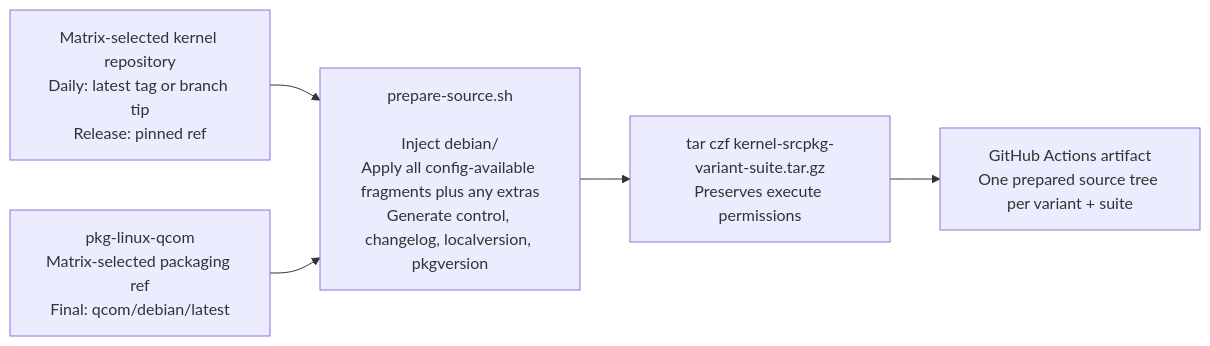
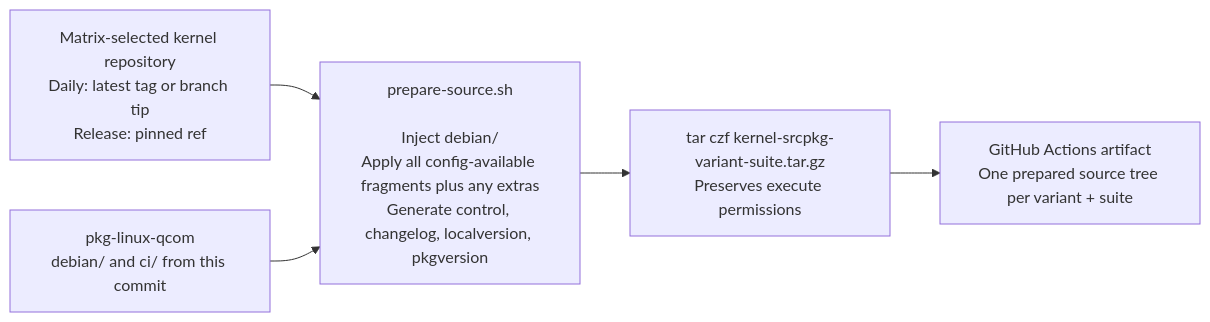
One commit to qualcomm-linux/pkg-linux-qcom changed the third of 6 diagrams in README.md. Above: the diagram before and after it, drawn with Mermaid. The commit also changed other lines of this file and 7 other files, not shown here.

````diff
--- a/README.md
+++ b/README.md
@@ -309,9 +306,9 @@
 ```mermaid
 flowchart LR
     K["Matrix-selected kernel repository\nDaily: latest tag or branch tip\nRelease: pinned ref"] --> PS
-    M["pkg-linux-qcom\nMatrix-selected packaging ref\nFinal: qcom/debian/latest"] --> PS
+    M["pkg-linux-qcom\ndebian/ and ci/ from this commit"] --> PS
 
     PS["prepare-source.sh\n\nInject debian/\nApply all config-available fragments plus any extras\nGenerate control, changelog, localversion, pkgversion"] --> TAR
     TAR["tar czf kernel-srcpkg-variant-suite.tar.gz\nPreserves execute permissions"] --> ART
     ART["GitHub Actions artifact\nOne prepared source tree per variant + suite"]
 ```
````
